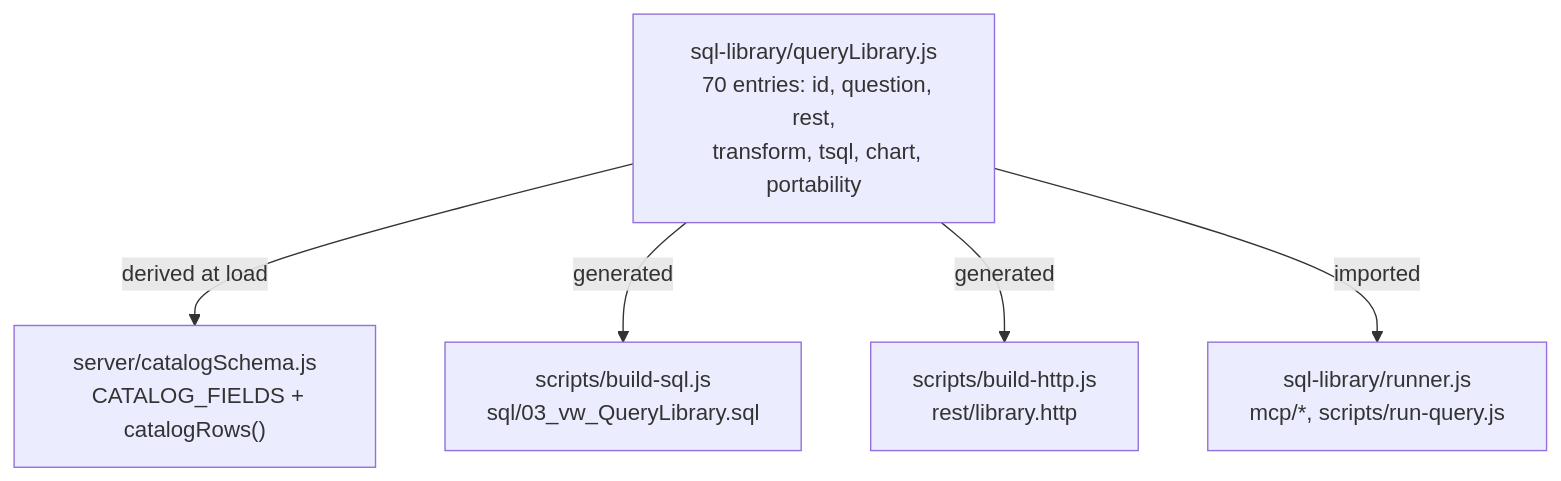
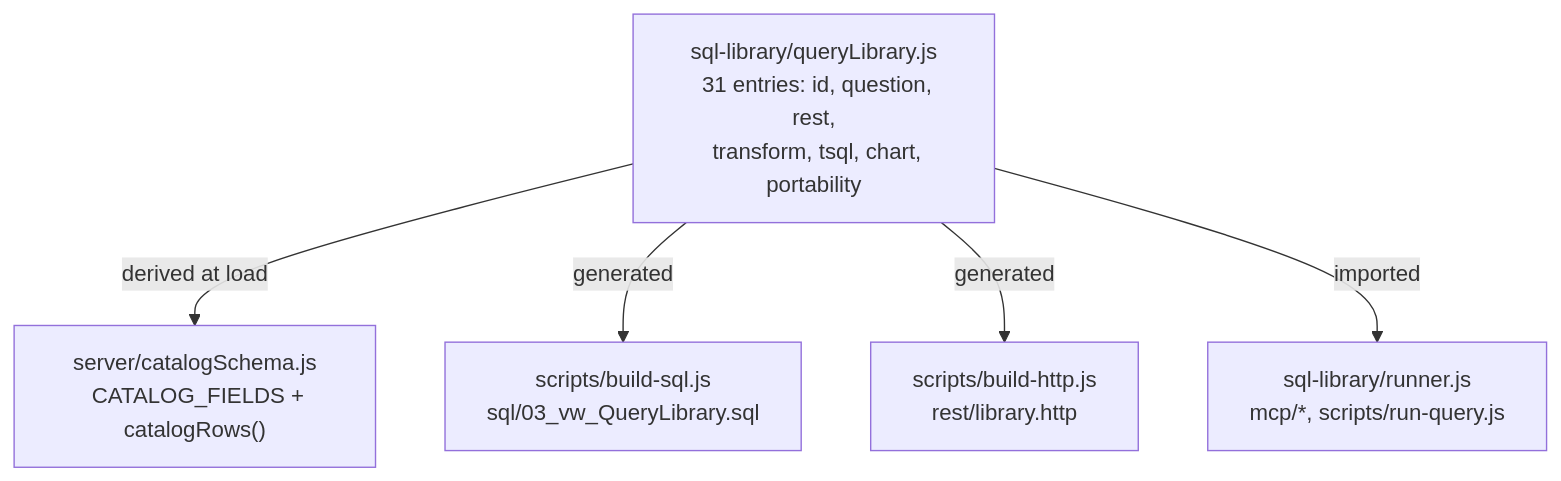
One commit to AshleyGahl/arcgis-rest-query-library changed the first of 5 diagrams in docs/architecture.md. Above: the diagram before and after it, drawn with Mermaid. The commit also changed other lines of this file and 24 other files, not shown here.

````diff
--- a/docs/architecture.md
+++ b/docs/architecture.md
@@ -18,18 +18,18 @@
 ```mermaid
 flowchart TB
   LIB["sql-library/queryLibrary.js
-  70 entries: id, question, rest,
+  31 entries: id, question, rest,
   transform, tsql, chart, portability"]
   CAT["server/catalogSchema.js
   CATALOG_FIELDS + catalogRows()"]
   BSQL["scripts/build-sql.js
   sql/03_vw_QueryLibrary.sql"]
   BHTTP["scripts/build-http.js
   rest/library.http"]
   USE["sql-library/runner.js
   mcp/*, scripts/run-query.js"]
   LIB -->|derived at load| CAT
   LIB -->|generated| BSQL
   LIB -->|generated| BHTTP
   LIB -->|imported| USE
 ```
````
